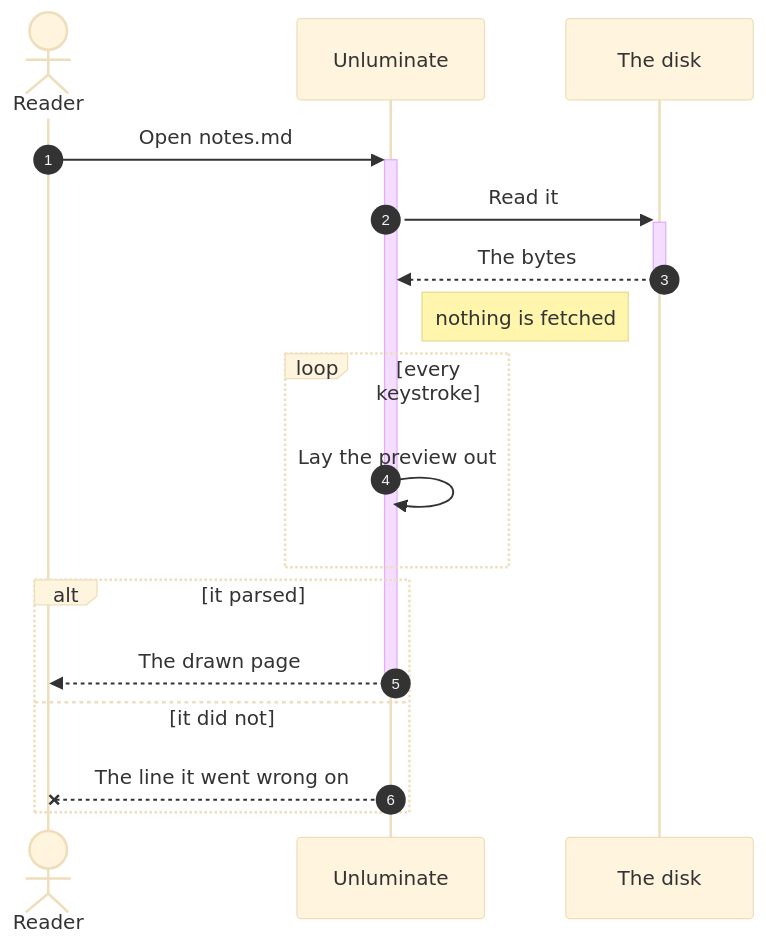
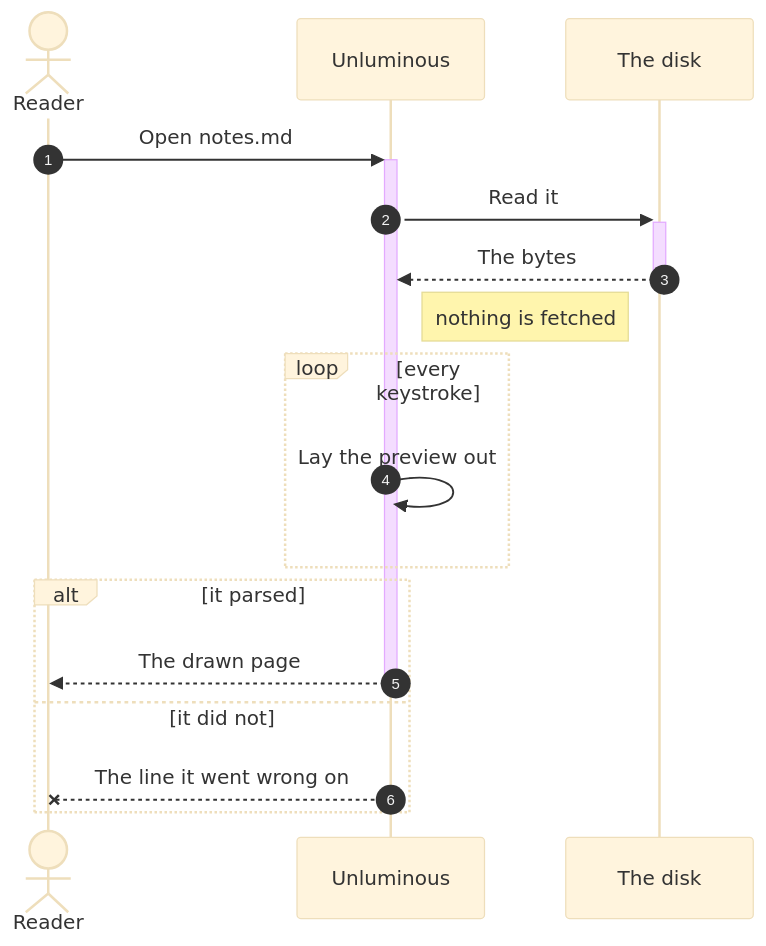
One commit to Black-Rainbow-Labs/Unluminous changed the diagram in sample-diagrams/sequence.mmd. Above: the diagram before and after it, drawn with Mermaid (base theme). The commit also changed 1327 other files, not shown here.

```diff
--- a/sample-diagrams/sequence.mmd
+++ b/sample-diagrams/sequence.mmd
@@ -1,17 +1,17 @@
 sequenceDiagram
   autonumber
   actor Reader
-  participant Unluminate
+  participant Unluminous
   participant Disk as The disk
-  Reader ->>+ Unluminate: Open notes.md
-  Unluminate ->>+ Disk: Read it
-  Disk -->>- Unluminate: The bytes
-  Note right of Unluminate: nothing is fetched
+  Reader ->>+ Unluminous: Open notes.md
+  Unluminous ->>+ Disk: Read it
+  Disk -->>- Unluminous: The bytes
+  Note right of Unluminous: nothing is fetched
   loop every keystroke
-    Unluminate ->> Unluminate: Lay the preview out
+    Unluminous ->> Unluminous: Lay the preview out
   end
   alt it parsed
-    Unluminate -->>- Reader: The drawn page
+    Unluminous -->>- Reader: The drawn page
   else it did not
-    Unluminate --x Reader: The line it went wrong on
+    Unluminous --x Reader: The line it went wrong on
   end
```
